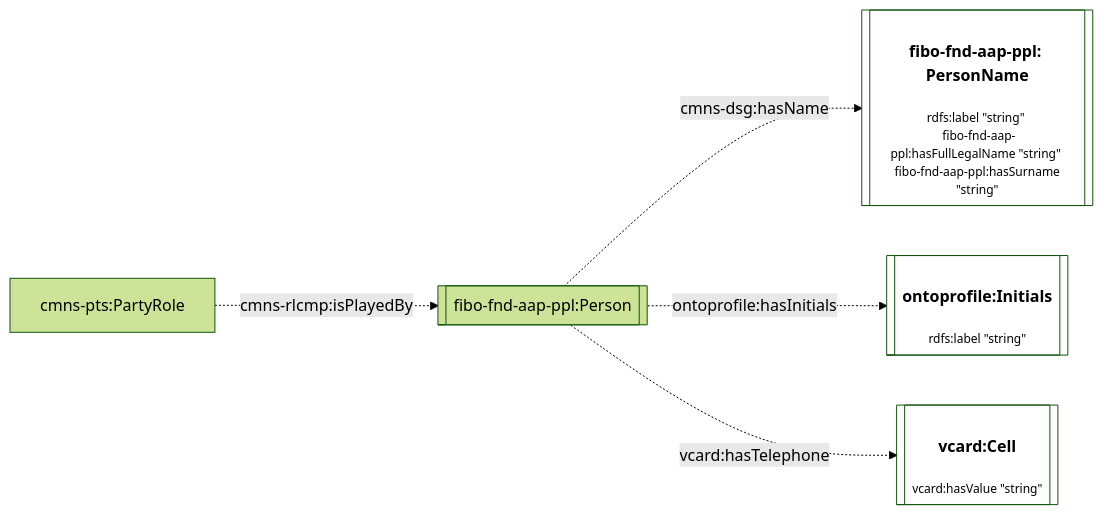
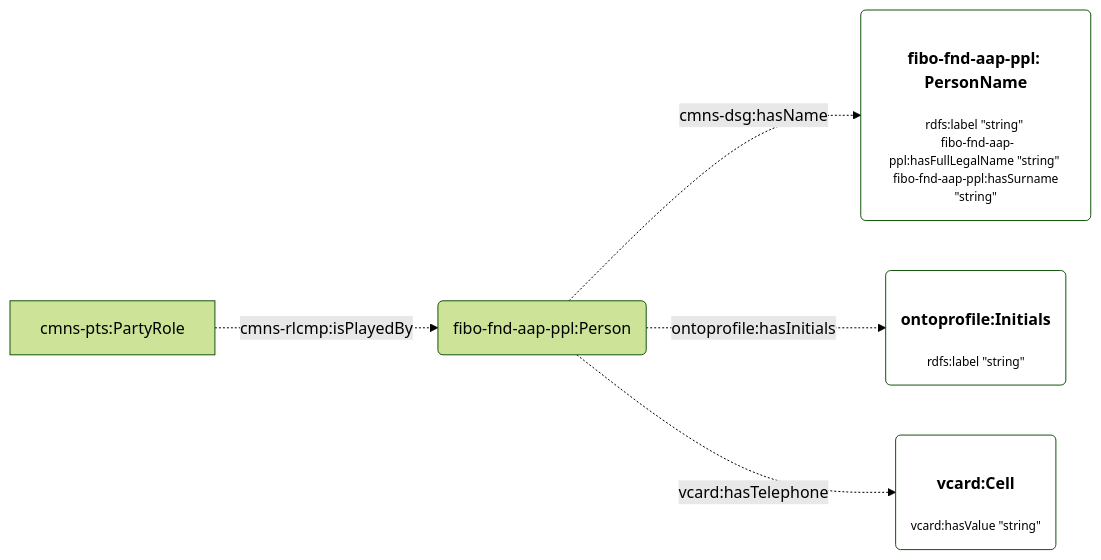
One commit to cambridge-cares/TheWorldAvatar changed the fourth of 7 diagrams in JPS_Ontology/ontology/ontoprofile/README.MD. Above: the diagram before and after it, drawn with Mermaid (forest theme). The commit also changed other lines of this file, not shown here.

Commit message:
dev-service-execution-ontology-extension: modify flowchart shape

````diff
--- a/JPS_Ontology/ontology/ontoprofile/README.MD
+++ b/JPS_Ontology/ontology/ontoprofile/README.MD
@@ -129,13 +129,13 @@
 ```mermaid
 flowchart LR
     %% Styling
     classDef literal fill:none
 
     %% Contents
-    cmns-pts:PartyRole -. cmns-rlcmp:isPlayedBy .-> Person[[fibo-fnd-aap-ppl:Person]]
-    Person -. cmns-dsg:hasName .-> PersonName[["<h4>fibo-fnd-aap-ppl: PersonName</h4><p style='font-size:0.75rem;'>rdfs:label &quot;string&quot; <br> fibo-fnd-aap-ppl:hasFullLegalName &quot;string&quot; <br> fibo-fnd-aap-ppl:hasSurname &quot;string&quot;</p>"]]:::literal
+    cmns-pts:PartyRole -. cmns-rlcmp:isPlayedBy .-> Person(fibo-fnd-aap-ppl:Person)
+    Person -. cmns-dsg:hasName .-> PersonName("<h4>fibo-fnd-aap-ppl: PersonName</h4><p style='font-size:0.75rem;'>rdfs:label &quot;string&quot; <br> fibo-fnd-aap-ppl:hasFullLegalName &quot;string&quot; <br> fibo-fnd-aap-ppl:hasSurname &quot;string&quot;</p>"):::literal
 
-    Person -. ontoprofile:hasInitials .-> Initials[["<h4>ontoprofile:Initials</h4><p style='font-size:0.75rem;'>rdfs:label &quot;string&quot;</p>"]]:::literal
+    Person -. ontoprofile:hasInitials .-> Initials("<h4>ontoprofile:Initials</h4><p style='font-size:0.75rem;'>rdfs:label &quot;string&quot;</p>"):::literal
 
-    Person -. vcard:hasTelephone .-> Cell[["<h4>vcard:Cell</h4><p style='font-size:0.75rem;'>vcard:hasValue &quot;string&quot;</p>"]]:::literal
+    Person -. vcard:hasTelephone .-> Cell("<h4>vcard:Cell</h4><p style='font-size:0.75rem;'>vcard:hasValue &quot;string&quot;</p>"):::literal
 ```
````
